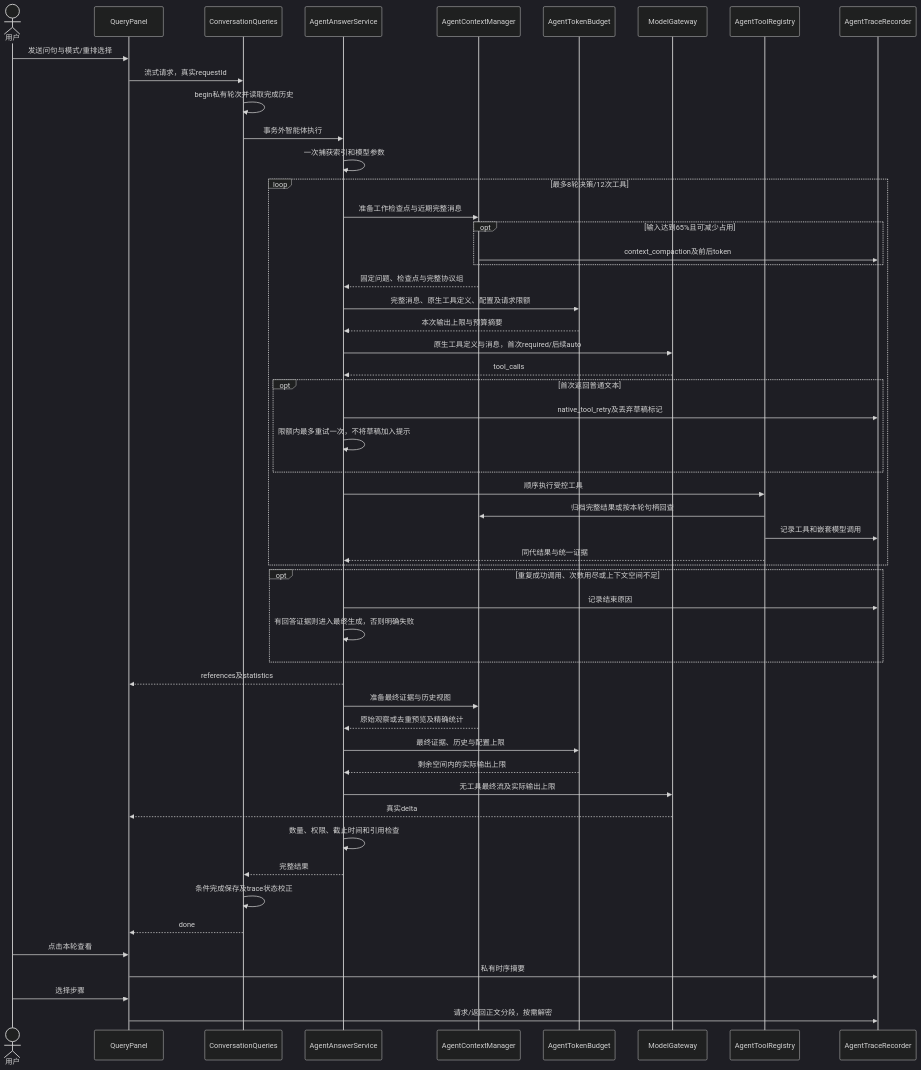
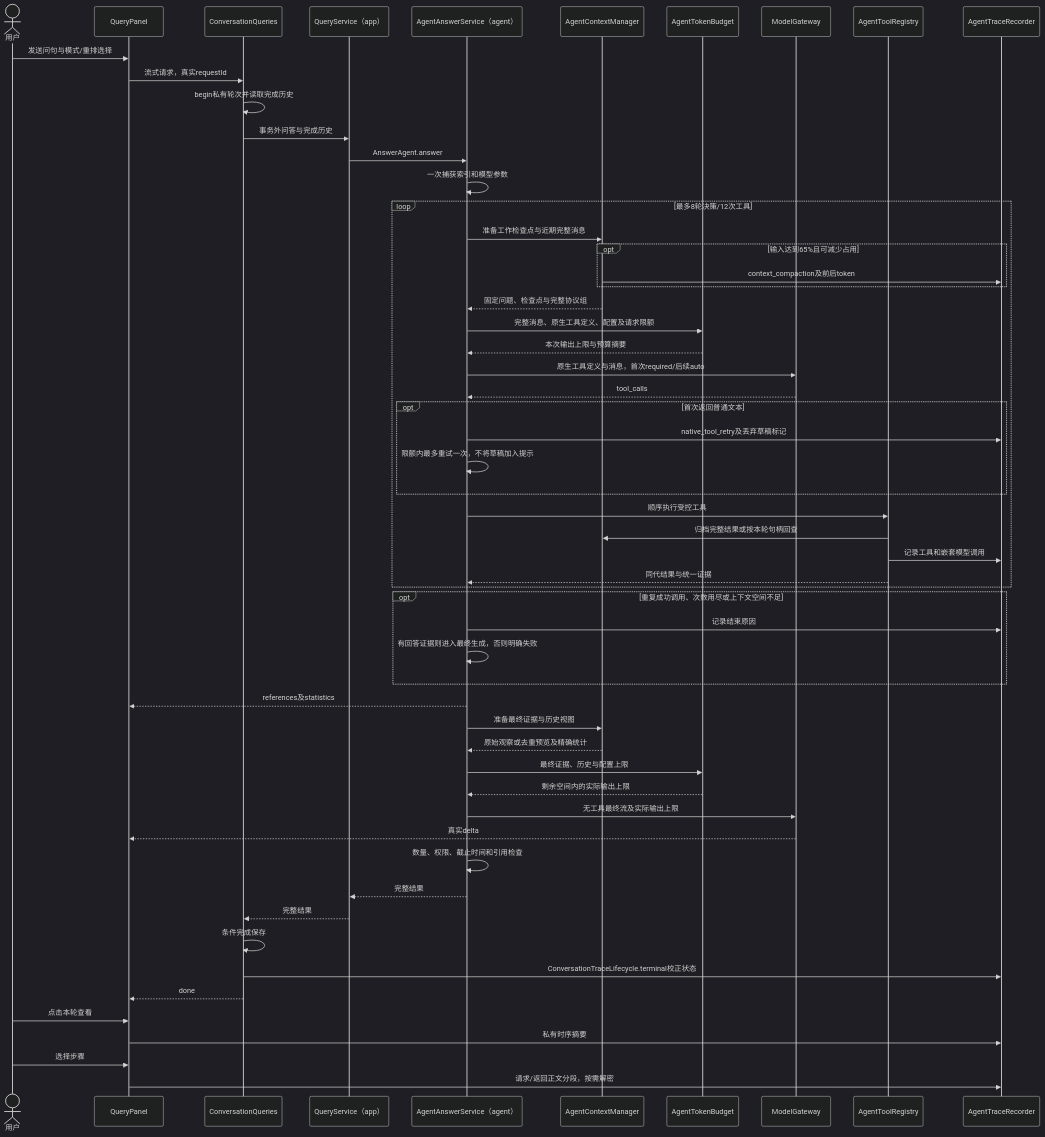
One commit to czhcc/TjLightRAG changed the fifth of 5 diagrams in docs/知识库问答实现.md. Above: the diagram before and after it, drawn with Mermaid (dark theme). The commit also changed other lines of this file and 35 other files, not shown here.

````diff
--- a/docs/知识库问答实现.md
+++ b/docs/知识库问答实现.md
@@ -509,55 +514,59 @@
 ```mermaid
 sequenceDiagram
     actor U as 用户
     participant P as QueryPanel
     participant Q as ConversationQueries
-    participant A as AgentAnswerService
+    participant S as QueryService（app）
+    participant A as AgentAnswerService（agent）
     participant C as AgentContextManager
     participant B as AgentTokenBudget
     participant M as ModelGateway
     participant T as AgentToolRegistry
     participant R as AgentTraceRecorder
     U->>P: 发送问句与模式/重排选择
     P->>Q: 流式请求，真实requestId
     Q->>Q: begin私有轮次并读取完成历史
-    Q->>A: 事务外智能体执行
+    Q->>S: 事务外问答与完成历史
+    S->>A: AnswerAgent.answer
     A->>A: 一次捕获索引和模型参数
     loop 最多8轮决策/12次工具
       A->>C: 准备工作检查点与近期完整消息
       opt 输入达到65%且可减少占用
         C->>R: context_compaction及前后token
       end
       C-->>A: 固定问题、检查点与完整协议组
       A->>B: 完整消息、原生工具定义、配置及请求限额
       B-->>A: 本次输出上限与预算摘要
       A->>M: 原生工具定义与消息，首次required/后续auto
       M-->>A: tool_calls
       opt 首次返回普通文本
         A->>R: native_tool_retry及丢弃草稿标记
         A->>A: 限额内最多重试一次，不将草稿加入提示
       end
       A->>T: 顺序执行受控工具
       T->>C: 归档完整结果或按本轮句柄回查
       T->>R: 记录工具和嵌套模型调用
       T-->>A: 同代结果与统一证据
     end
     opt 重复成功调用、次数用尽或上下文空间不足
       A->>R: 记录结束原因
       A->>A: 有回答证据则进入最终生成，否则明确失败
     end
     A-->>P: references及statistics
     A->>C: 准备最终证据与历史视图
     C-->>A: 原始观察或去重预览及精确统计
     A->>B: 最终证据、历史与配置上限
     B-->>A: 剩余空间内的实际输出上限
     A->>M: 无工具最终流及实际输出上限
     M-->>P: 真实delta
     A->>A: 数量、权限、截止时间和引用检查
-    A-->>Q: 完整结果
-    Q->>Q: 条件完成保存及trace状态校正
+    A-->>S: 完整结果
+    S-->>Q: 完整结果
+    Q->>Q: 条件完成保存
+    Q->>R: ConversationTraceLifecycle.terminal校正状态
     Q-->>P: done
     U->>P: 点击本轮查看
     P->>R: 私有时序摘要
     U->>P: 选择步骤
     P->>R: 请求/返回正文分段，按需解密
 ```
````
